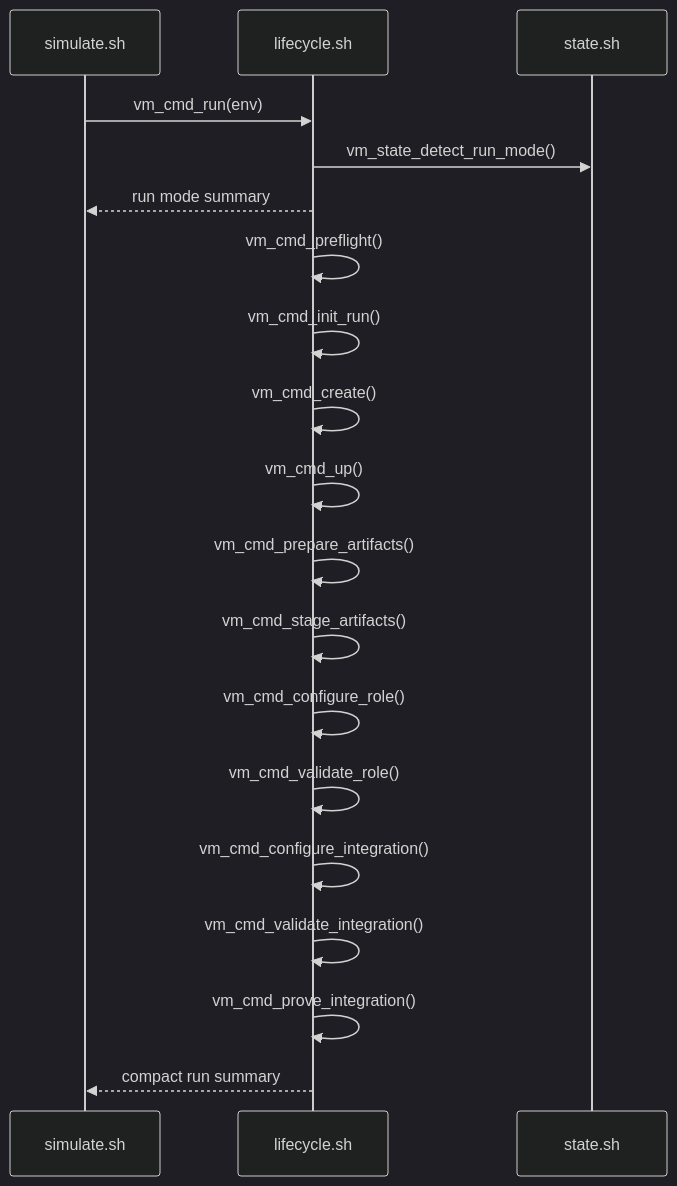
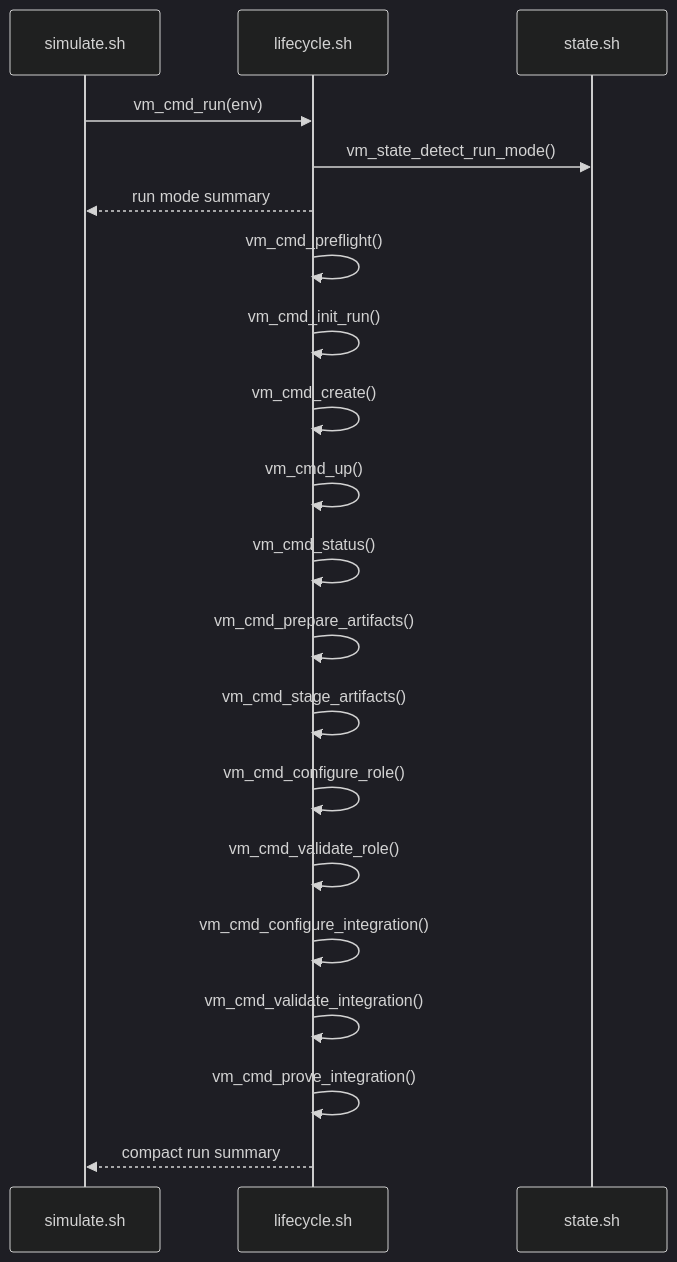
Before and after one commit to NoNine/loopforge: diagram 19 of 19 in simulation/vm/sequences.md, drawn with Mermaid (dark theme). The commit also changed 2 other files, not shown here.

Commit message:
Show VM run workflow progress
Print each composite `run` step before execution and include `status`
after `up` so VM run output matches the lifecycle flow operators see in
other simulation modes.

Load runtime config before resume output so resumed runs report the
selected run and VM set without relying on unset shell variables.

````diff
--- a/simulation/vm/sequences.md
+++ b/simulation/vm/sequences.md
@@ -395,22 +395,23 @@
 ```mermaid
 sequenceDiagram
   participant CLI as simulate.sh
   participant LC as lifecycle.sh
   participant ST as state.sh
 
   CLI->>LC: vm_cmd_run(env)
   LC->>ST: vm_state_detect_run_mode()
   LC-->>CLI: run mode summary
   LC->>LC: vm_cmd_preflight()
   LC->>LC: vm_cmd_init_run()
   LC->>LC: vm_cmd_create()
   LC->>LC: vm_cmd_up()
+  LC->>LC: vm_cmd_status()
   LC->>LC: vm_cmd_prepare_artifacts()
   LC->>LC: vm_cmd_stage_artifacts()
   LC->>LC: vm_cmd_configure_role()
   LC->>LC: vm_cmd_validate_role()
   LC->>LC: vm_cmd_configure_integration()
   LC->>LC: vm_cmd_validate_integration()
   LC->>LC: vm_cmd_prove_integration()
   LC-->>CLI: compact run summary
 ```
````
